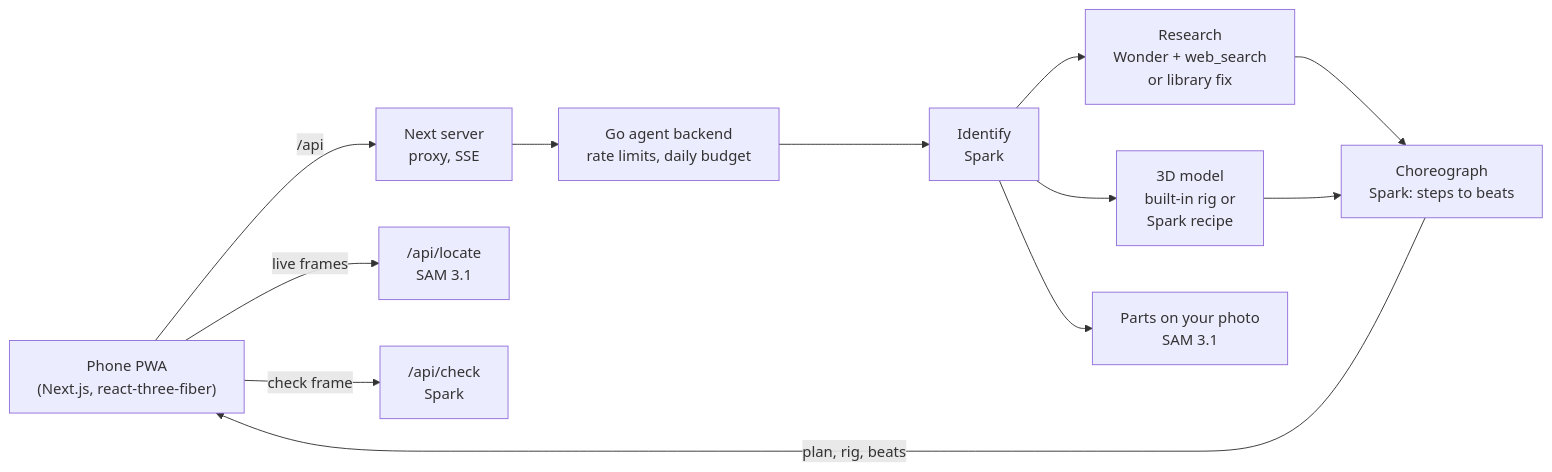
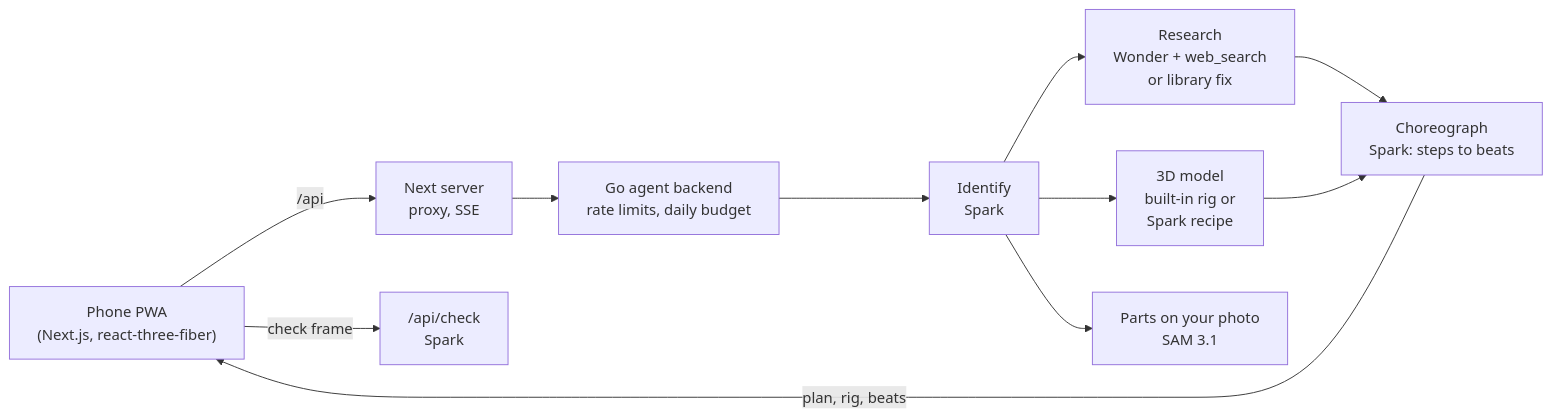
One commit to joeykokinda/helpa changed the diagram in README.md. Above: the diagram before and after it, drawn with Mermaid. The commit also changed other lines of this file and 3 other files, not shown here.

````diff
--- a/README.md
+++ b/README.md
@@ -87,14 +92,13 @@
 ```mermaid
 flowchart LR
   phone["Phone PWA<br/>(Next.js, react-three-fiber)"] -->|/api| proxy["Next server<br/>proxy, SSE"]
   proxy --> backend["Go agent backend<br/>rate limits, daily budget"]
   backend --> identify["Identify<br/>Spark"]
   identify --> research["Research<br/>Wonder + web_search<br/>or library fix"]
   identify --> model["3D model<br/>built-in rig or<br/>Spark recipe"]
   identify --> measure["Parts on your photo<br/>SAM 3.1"]
   research --> choreo["Choreograph<br/>Spark: steps to beats"]
   model --> choreo
   choreo -->|plan, rig, beats| phone
-  phone -->|live frames| locate["/api/locate<br/>SAM 3.1"]
   phone -->|check frame| check["/api/check<br/>Spark"]
 ```
````
